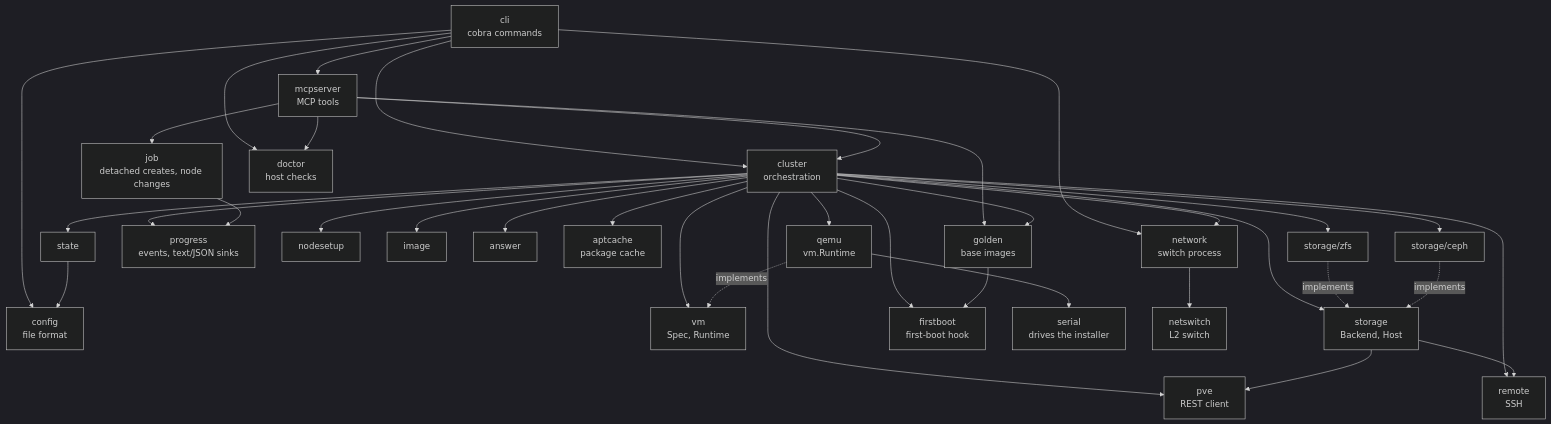
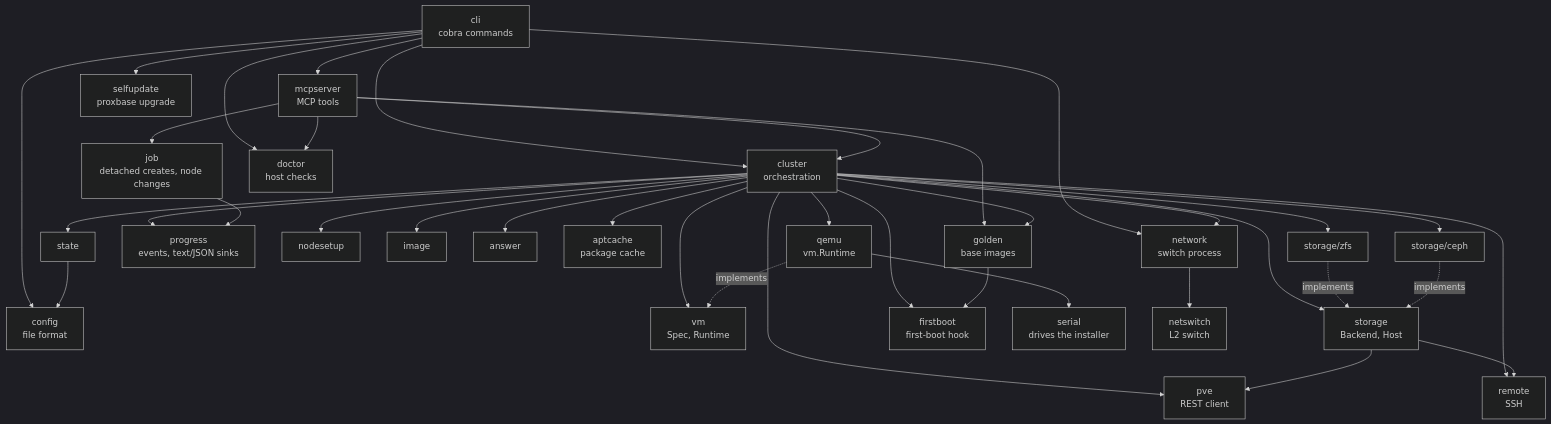
One commit to actions-marketplace-validations/virtbase_proxbase changed the first of 3 diagrams in docs/architecture.md. Above: the diagram before and after it, drawn with Mermaid (dark theme). The commit also changed other lines of this file and 18 other files, not shown here.

First line of the commit message:
feat: proxbase upgrade updates the CLI to the latest release (#28)

````diff
--- a/docs/architecture.md
+++ b/docs/architecture.md
@@ -10,38 +10,39 @@
 ```mermaid
 flowchart TD
     cli["cli<br/>cobra commands"] --> cluster
     cli --> config
     cli --> network
     cli --> mcpserver["mcpserver<br/>MCP tools"]
+    cli --> selfupdate["selfupdate<br/>proxbase upgrade"]
     mcpserver --> cluster
     mcpserver --> job["job<br/>detached creates, node changes"]
     cli --> doctor["doctor<br/>host checks"]
     mcpserver --> doctor
     mcpserver --> golden
     cluster --> progress["progress<br/>events, text/JSON sinks"]
     job --> progress
     cluster["cluster<br/>orchestration"] --> vm
     cluster --> network
     cluster --> storage
     cluster --> nodesetup
     cluster --> image
     cluster --> answer
     cluster --> firstboot["firstboot<br/>first-boot hook"]
     cluster --> aptcache["aptcache<br/>package cache"]
     cluster --> golden["golden<br/>base images"]
     golden --> firstboot
     cluster --> state
     cluster --> pve
     cluster --> remote
     qemu["qemu<br/>vm.Runtime"] -. implements .-> vm["vm<br/>Spec, Runtime"]
     cluster --> qemu
     qemu --> serial["serial<br/>drives the installer"]
     network["network<br/>switch process"] --> netswitch["netswitch<br/>L2 switch"]
     zfs["storage/zfs"] -. implements .-> storage["storage<br/>Backend, Host"]
     ceph["storage/ceph"] -. implements .-> storage
     cluster --> zfs
     cluster --> ceph
     storage --> pve["pve<br/>REST client"]
     storage --> remote["remote<br/>SSH"]
     state --> config["config<br/>file format"]
 ```
````
